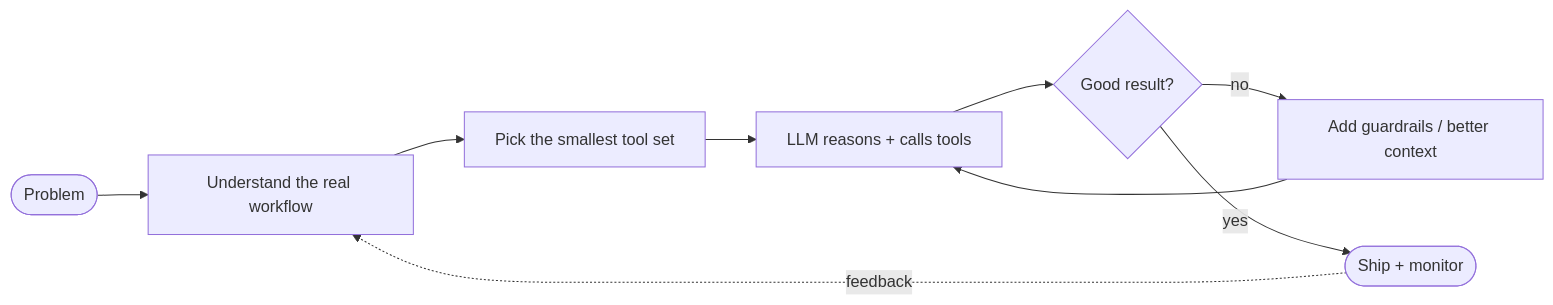
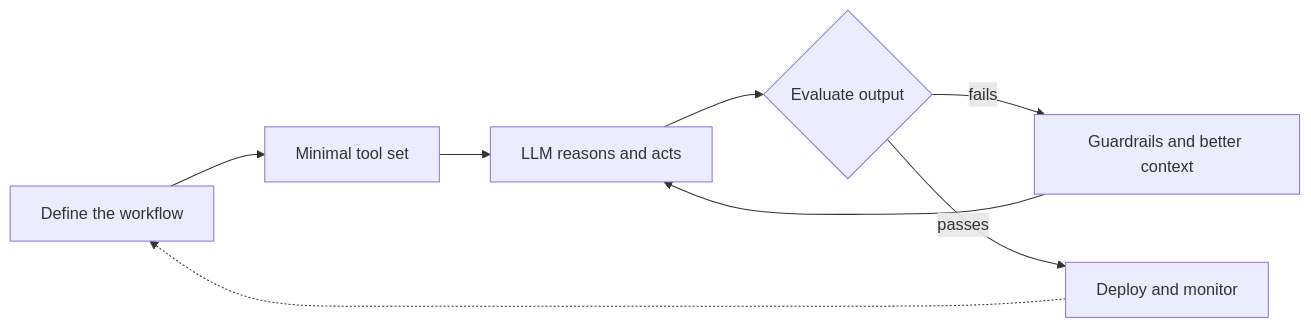
Before and after one commit to sumairali01/sumairali01: the diagram in README.md, drawn with Mermaid. The commit also changed other lines of this file, not shown here.

````diff
--- a/README.md
+++ b/README.md
@@ -53,11 +55,10 @@
 ```mermaid
 flowchart LR
-    A([Problem]) --> B[Understand the real workflow]
-    B --> C[Pick the smallest tool set]
-    C --> D[LLM reasons + calls tools]
-    D --> E{Good result?}
-    E -- no --> F[Add guardrails / better context]
-    F --> D
-    E -- yes --> G([Ship + monitor])
-    G -.feedback.-> B
+    A[Define the workflow] --> B[Minimal tool set]
+    B --> C[LLM reasons and acts]
+    C --> D{Evaluate output}
+    D -- fails --> E[Guardrails and better context]
+    E --> C
+    D -- passes --> F[Deploy and monitor]
+    F -.-> A
 ```
````
